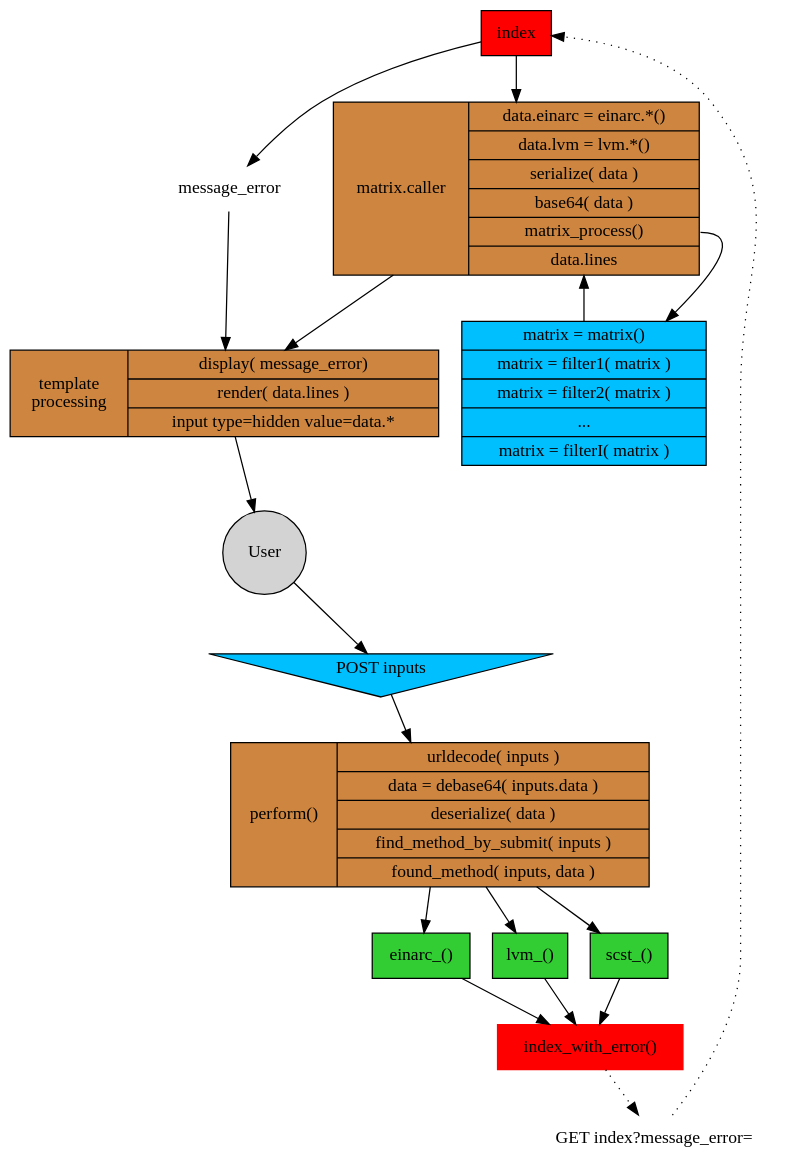
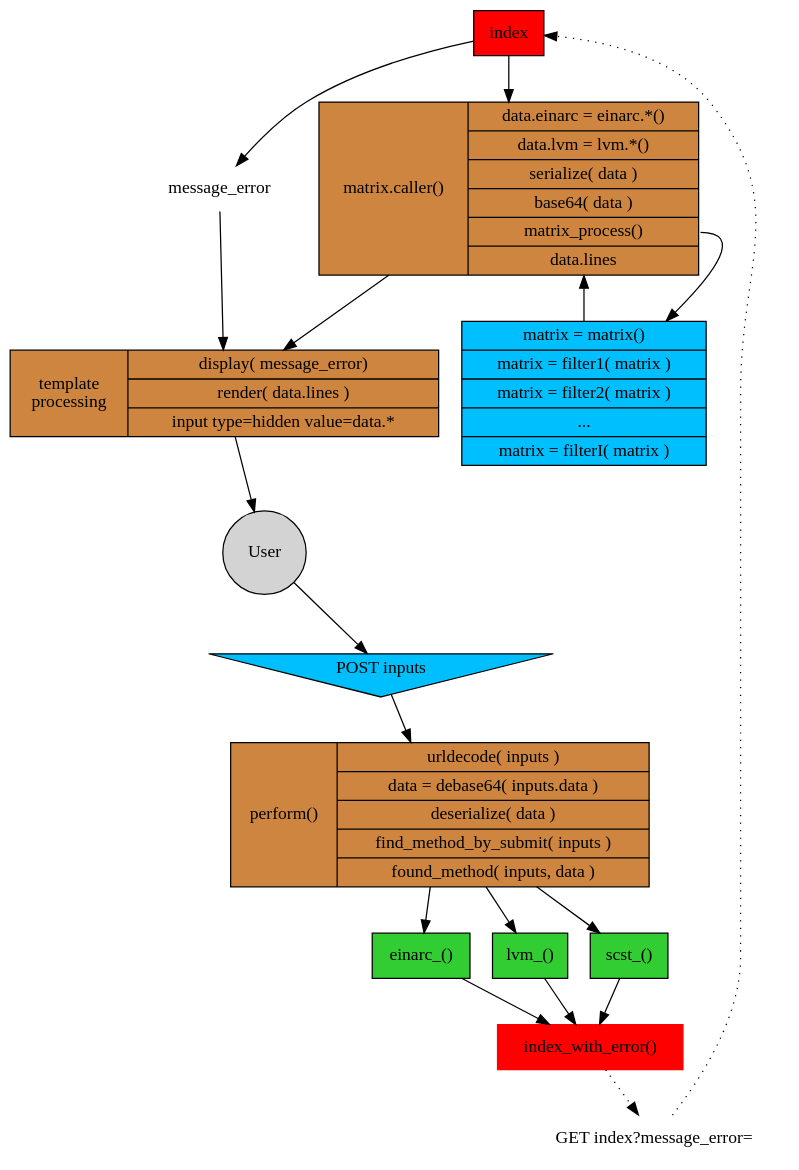
Before and after one commit to ETegro/OpenSAN: the diagram in docs/luci/description_process.dot, drawn with Graphviz.

Commit message:
Mark matrix.caller() as a function too Signed-off-by: Sergey Matveev <stargrave@stargrave.org>

```diff
--- a/docs/luci/description_process.dot
+++ b/docs/luci/description_process.dot
@@ -1,35 +1,35 @@
 digraph {
 	node [ shape = "record", style = "filled" ];
 	style = "filled";
 	color = "peru";
 	overlap = "false";
 	bgcolor = "transparent";
 
 	index [ label = "index", fillcolor = "red" ];
-	matrix_caller [ label = "matrix.caller | { data.einarc = einarc.*() | data.lvm = lvm.*() | serialize( data ) | base64( data ) | <matrix_process>matrix_process() | <matrix>data.lines }", fillcolor = "peru" ];
+	matrix_caller [ label = "matrix.caller() | { data.einarc = einarc.*() | data.lvm = lvm.*() | serialize( data ) | base64( data ) | <matrix_process>matrix_process() | <matrix>data.lines }", fillcolor = "peru" ];
 	template_save [ label = "template\nprocessing | { display( message_error) | render( data.lines ) | input type=hidden value=data.* }", fillcolor = "peru" ];
 	index -> matrix_caller -> template_save;
 
 	matrix_process [ label = "{ matrix = matrix() | matrix = filter1( matrix ) | matrix = filter2( matrix ) | ... | matrix = filterI( matrix ) }", fillcolor = "deepskyblue" ];
 	matrix_caller:matrix_process -> matrix_process -> matrix_caller:matrix;
 
 	user [ label = "User", shape = "circle" ];
 	post [ label = "POST inputs", shape = "invtriangle", fillcolor = "deepskyblue" ];
 	template_save -> user -> post;
 
 	submit [ label = "perform() | { urldecode( inputs ) | data = debase64( inputs.data ) | deserialize( data ) | find_method_by_submit( inputs ) | found_method( inputs, data ) }", fillcolor = "peru" ];
 	post -> submit;
 
 	index_with_error [ label = "index_with_error()", color = "red" ];
 	submit -> einarc_ -> index_with_error;
 	submit -> lvm_ -> index_with_error;
 	submit -> scst_ -> index_with_error;
 	einarc_ [ label = "einarc_()", fillcolor = "limegreen" ];
 	lvm_ [ label = "lvm_()", fillcolor = "limegreen" ];
 	scst_ [ label = "scst_()", fillcolor = "limegreen" ];
 
 	get_message_error [ label = "GET index?message_error=", shape = "plaintext", color = "transparent" ];
 	index_with_error -> get_message_error -> index [ style = "dotted" ];
 	message_error [ label = "message_error", shape = "plaintext", color = "transparent" ];
 	index -> message_error -> template_save;
 }
```
